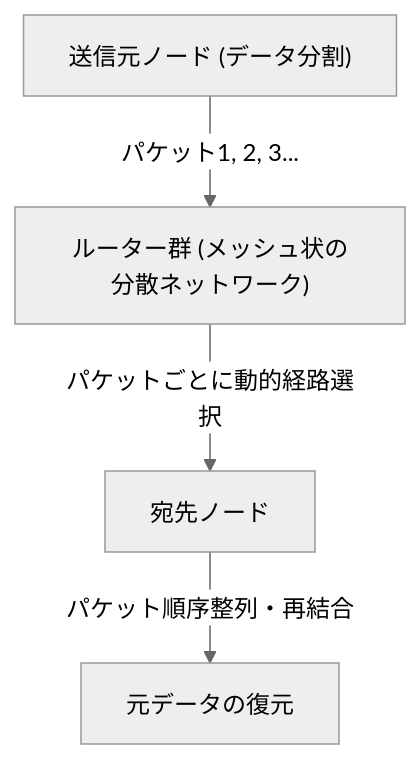
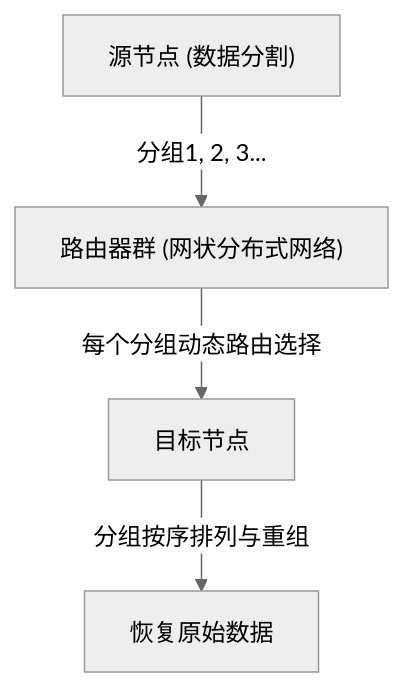
Before and after one commit to kenjinote/blog: the first of 18 diagrams in content/post/how-the-internet-works-comprehensive-guide/index.zh-cn.md, drawn with Mermaid (neutral theme). The commit also changed other lines of this file, not shown here.

````diff
--- a/content/post/how-the-internet-works-comprehensive-guide/index.zh-cn.md
+++ b/content/post/how-the-internet-works-comprehensive-guide/index.zh-cn.md
@@ -31,6 +31,6 @@
 ```mermaid
 graph TD
-    A["送信元ノード (データ分割)"] -- "パケット1, 2, 3..." --> B["ルーター群 (メッシュ状の分散ネットワーク)"]
-    B -- "パケットごとに動的経路選択" --> C["宛先ノード"]
-    C -- "パケット順序整列・再結合" --> D["元データの復元"]
+    A["源节点 (数据分割)"] -- "分组1, 2, 3..." --> B["路由器群 (网状分布式网络)"]
+    B -- "每个分组动态路由选择" --> C["目标节点"]
+    C -- "分组按序排列与重组" --> D["恢复原始数据"]
 ```
````
